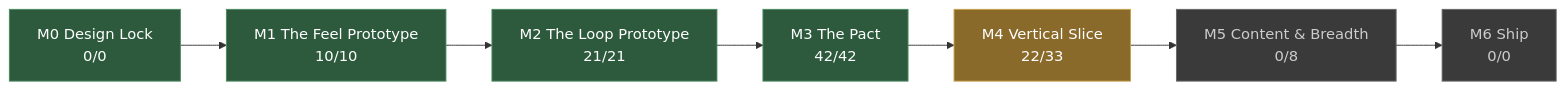
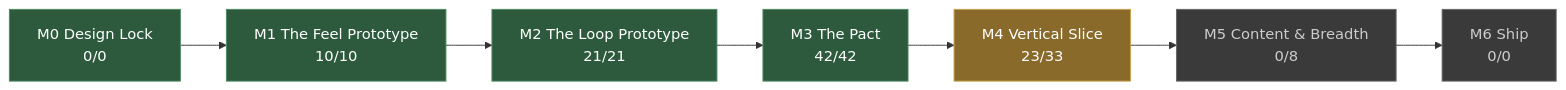
The diagram in docs/STATUS.md (JoshuaGessner/she), drawn with Mermaid before and after one commit. The commit also changed other lines of this file and 15 other files, not shown here.

````diff
--- a/docs/STATUS.md
+++ b/docs/STATUS.md
@@ -13,19 +13,19 @@
 ```mermaid
 flowchart LR
   M0["M0 Design Lock<br/>0/0"]:::passed
   M1["M1 The Feel Prototype<br/>10/10"]:::passed
   M0 --> M1
   M2["M2 The Loop Prototype<br/>21/21"]:::passed
   M1 --> M2
   M3["M3 The Pact<br/>42/42"]:::passed
   M2 --> M3
-  M4["M4 Vertical Slice<br/>22/33"]:::current
+  M4["M4 Vertical Slice<br/>23/33"]:::current
   M3 --> M4
   M5["M5 Content & Breadth<br/>0/8"]:::ahead
   M4 --> M5
   M6["M6 Ship<br/>0/0"]:::ahead
   M5 --> M6
   classDef passed fill:#2d5a3d,stroke:#4a8a5f,color:#fff
   classDef current fill:#8a6a2a,stroke:#c8a04a,color:#fff
   classDef ahead fill:#3a3a3a,stroke:#666,color:#ccc
 ```
````
